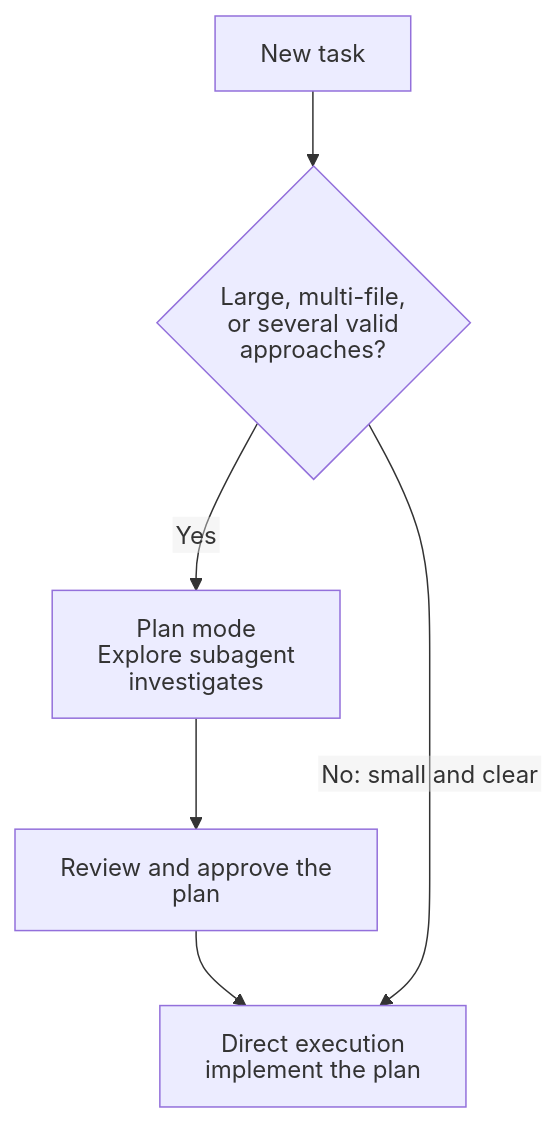
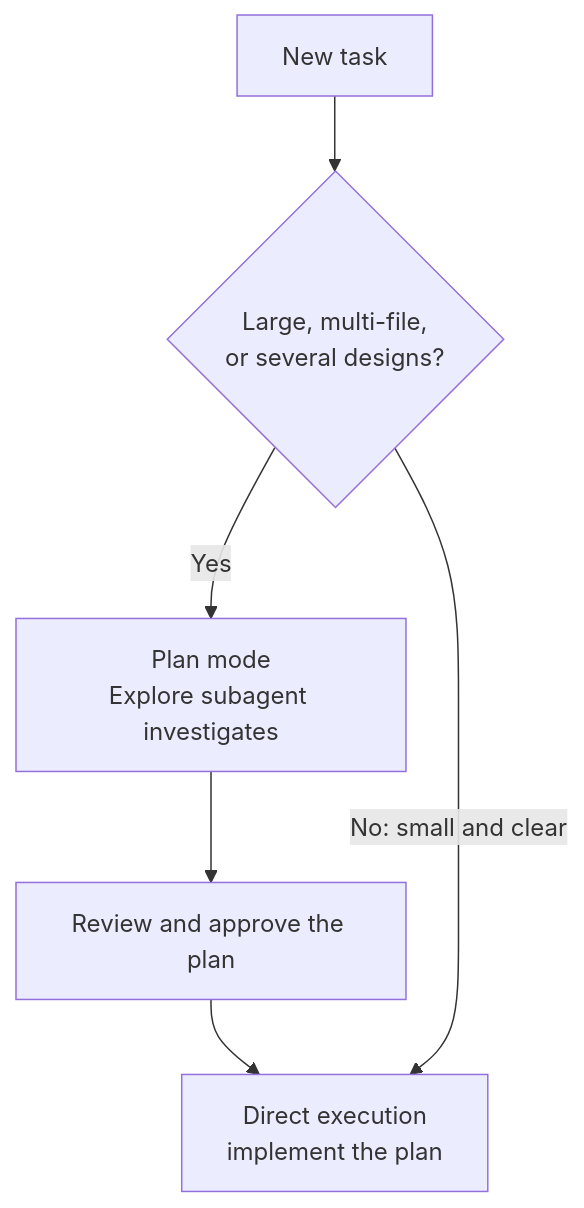
The diagram in domain3/ts_3_4_plan_mode_and_refinement/README.md (dip4k/claude_cert_architect_foundation_prep), drawn with Mermaid before and after one commit. The commit also changed 99 other files, not shown here.

````diff
--- a/domain3/ts_3_4_plan_mode_and_refinement/README.md
+++ b/domain3/ts_3_4_plan_mode_and_refinement/README.md
@@ -61,12 +61,8 @@
 ```mermaid
----
-config:
-  htmlLabels: false
----
 flowchart TD
-    Task["New task"] --> Size{"Large, multi-file,<br>or several valid approaches?"}
+    Task["New task"] --> Size{"Large, multi-file,<br>or several designs?"}
     Size -->|"Yes"| Plan["Plan mode<br>Explore subagent investigates"]
     Plan --> Approve["Review and approve the plan"]
     Approve --> Direct["Direct execution<br>implement the plan"]
     Size -->|"No: small and clear"| Direct
 ```
````
